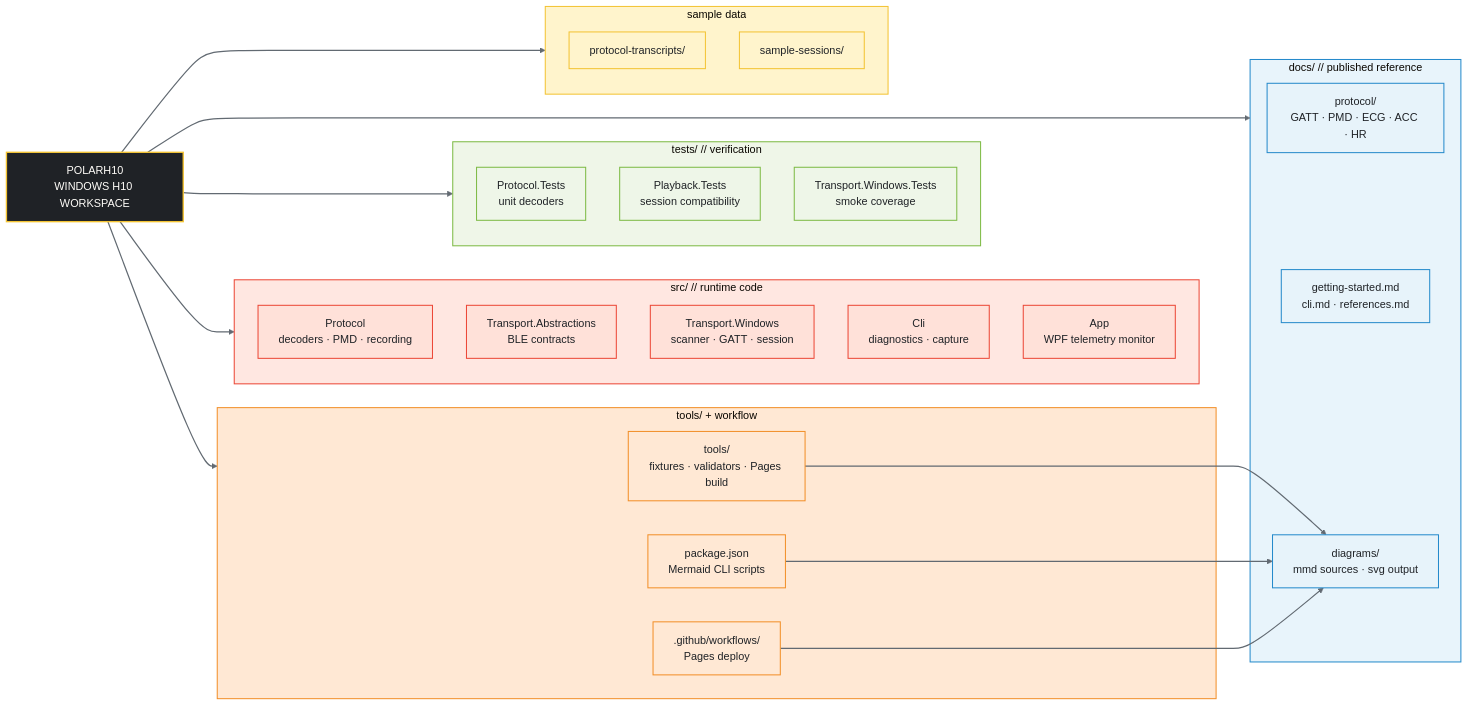
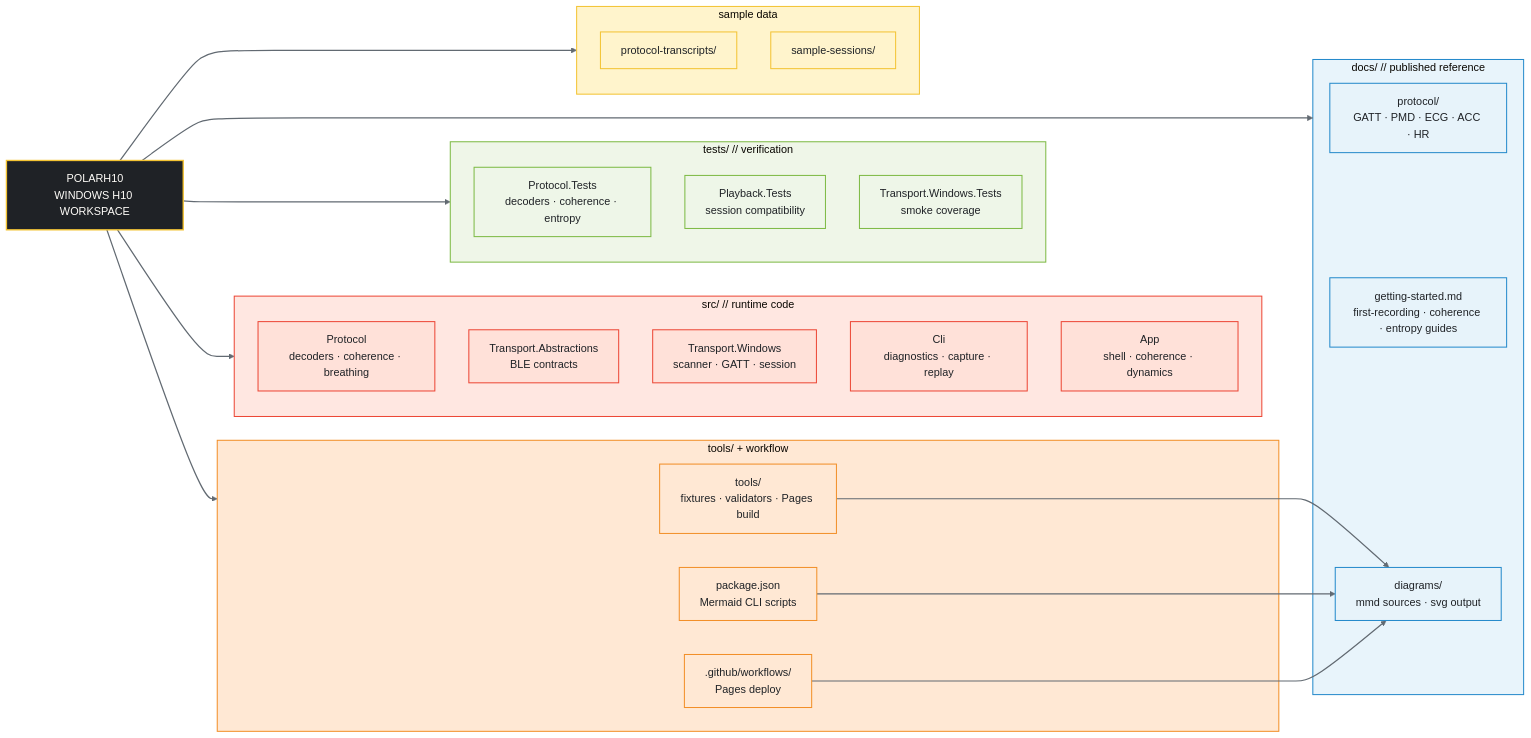
One commit to MesmerPrism/PolarH10 changed the diagram in docs/diagrams/repo-structure.mmd. Above: the diagram before and after it, drawn with Mermaid (base theme). The commit also changed 90 other files, not shown here.

```diff
--- a/docs/diagrams/repo-structure.mmd
+++ b/docs/diagrams/repo-structure.mmd
@@ -1,65 +1,65 @@
 %% Repo structure overview - GitHub-facing and compact.
 %% Keep the README version lightweight; push deeper diagrams into docs/diagrams.
 
 flowchart LR
     R["POLARH10<br/>WINDOWS H10 WORKSPACE"]
 
     subgraph Source["src/ // runtime code"]
-        P1["Protocol<br/>decoders · PMD · recording"]
+        P1["Protocol<br/>decoders · coherence · breathing"]
         P2["Transport.Abstractions<br/>BLE contracts"]
         P3["Transport.Windows<br/>scanner · GATT · session"]
-        P4["Cli<br/>diagnostics · capture"]
-        P5["App<br/>WPF telemetry monitor"]
+        P4["Cli<br/>diagnostics · capture · replay"]
+        P5["App<br/>shell · coherence · dynamics"]
     end
 
     subgraph Tests["tests/ // verification"]
-        T1["Protocol.Tests<br/>unit decoders"]
+        T1["Protocol.Tests<br/>decoders · coherence · entropy"]
         T2["Playback.Tests<br/>session compatibility"]
         T3["Transport.Windows.Tests<br/>smoke coverage"]
     end
 
     subgraph Docs["docs/ // published reference"]
         D1["protocol/<br/>GATT · PMD · ECG · ACC · HR"]
-        D2["getting-started.md<br/>cli.md · references.md"]
+        D2["getting-started.md<br/>first-recording · coherence · entropy guides"]
         D3["diagrams/<br/>mmd sources · svg output"]
     end
 
     subgraph Tooling["tools/ + workflow"]
         TL1["tools/<br/>fixtures · validators · Pages build"]
         TL2["package.json<br/>Mermaid CLI scripts"]
         TL3[".github/workflows/<br/>Pages deploy"]
     end
 
     subgraph Samples["sample data"]
         S1["protocol-transcripts/"]
         S2["sample-sessions/"]
     end
 
     R --> Source
     R --> Tests
     R --> Docs
     R --> Tooling
     R --> Samples
     TL1 --> D3
     TL2 --> D3
     TL3 --> D3
 
     style Source fill:#FFE7E1,stroke:#EC4736,stroke-width:1.5px;
     style Tests fill:#EFF6E8,stroke:#7DBA44,stroke-width:1.5px;
     style Docs fill:#E8F4FB,stroke:#258ACB,stroke-width:1.5px;
     style Tooling fill:#FFE8D4,stroke:#F28F28,stroke-width:1.5px;
     style Samples fill:#FFF4CC,stroke:#F3C333,stroke-width:1.5px;
 
     classDef hub fill:#1F2226,stroke:#F3C333,color:#FFFDF9,stroke-width:2px;
     classDef source fill:#FFE1D9,stroke:#EC4736,color:#1F2226,stroke-width:1.5px;
     classDef tests fill:#EEF6E8,stroke:#7DBA44,color:#1F2226,stroke-width:1.5px;
     classDef docs fill:#E7F3FA,stroke:#258ACB,color:#1F2226,stroke-width:1.5px;
     classDef tooling fill:#FFE8D4,stroke:#F28F28,color:#1F2226,stroke-width:1.5px;
     classDef sample fill:#FFF4CC,stroke:#F3C333,color:#1F2226,stroke-width:1.5px;
     class R hub;
     class P1,P2,P3,P4,P5 source;
     class T1,T2,T3 tests;
     class D1,D2,D3 docs;
     class TL1,TL2,TL3 tooling;
     class S1,S2 sample;
     linkStyle default stroke:#626A72,stroke-width:1.8px;
```
